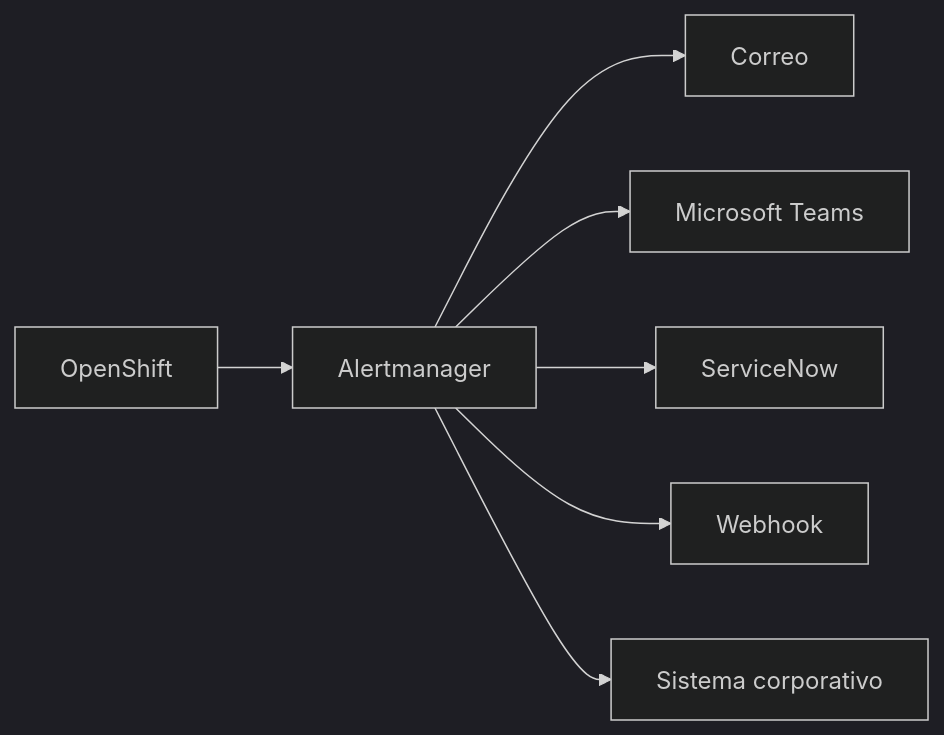
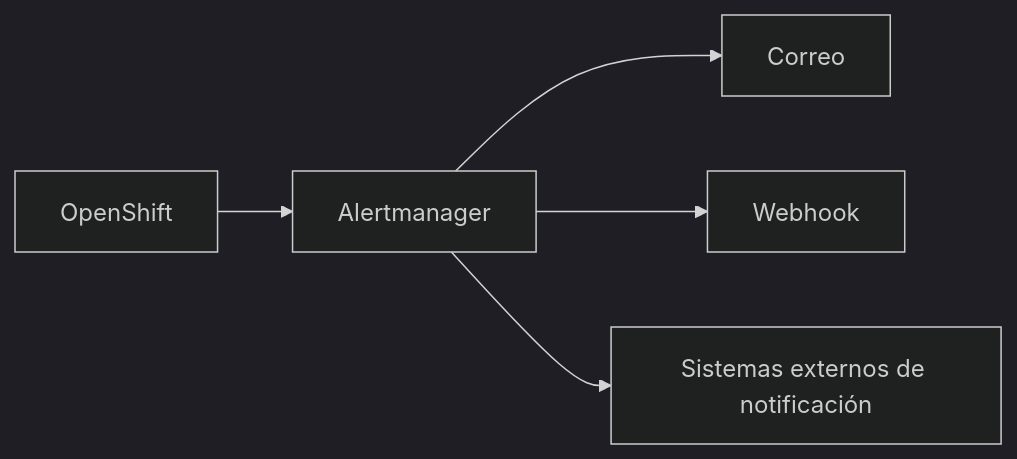
One commit to ieftraining/curso-openshift changed the seventh of 9 diagrams in docs/sesion3/3.3 Alertas.md. Above: the diagram before and after it, drawn with Mermaid (dark theme). The commit also changed other lines of this file, not shown here.

````diff
--- a/docs/sesion3/3.3 Alertas.md
+++ b/docs/sesion3/3.3 Alertas.md
@@ -277,12 +245,7 @@
 ```mermaid
 flowchart LR
-
-    A[OpenShift]
-    --> B[Alertmanager]
-
+    A[OpenShift] --> B[Alertmanager]
     B --> C[Correo]
-    B --> D[Microsoft Teams]
-    B --> E[ServiceNow]
-    B --> F[Webhook]
-    B --> G[Sistema corporativo]
+    B --> D[Webhook]
+    B --> E[Sistemas externos de notificación]
 ```
````
